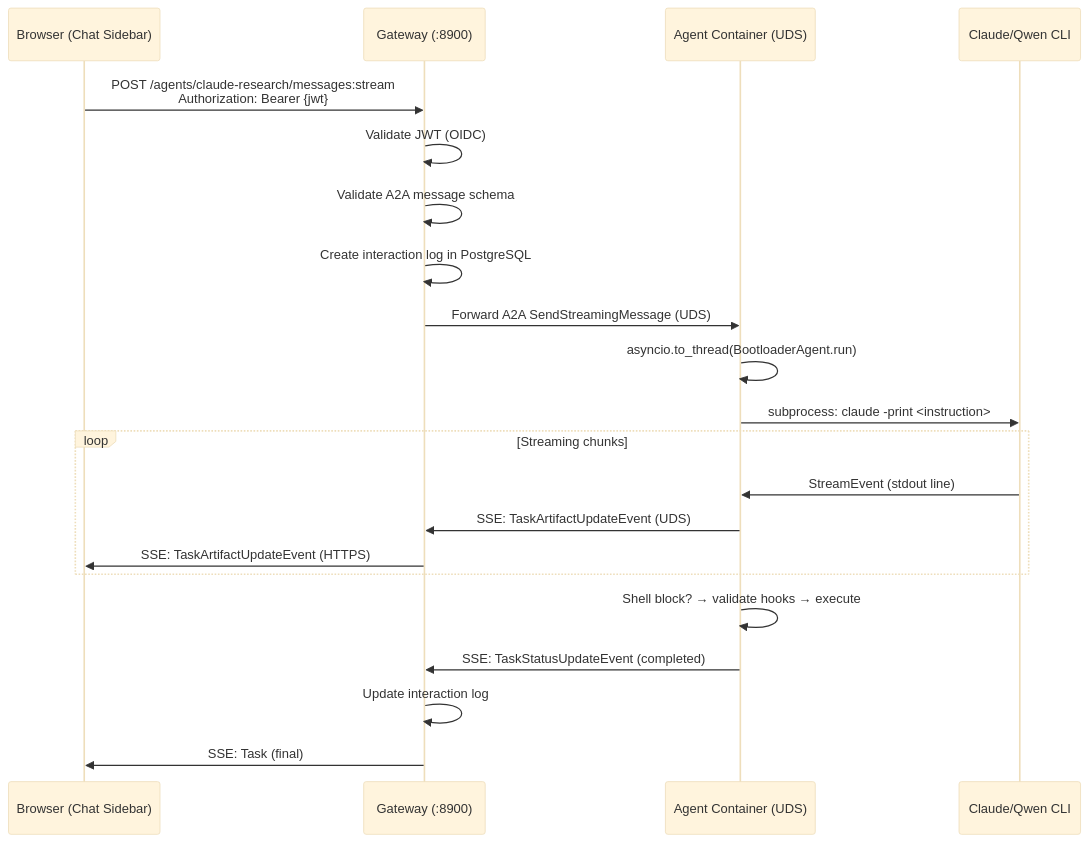
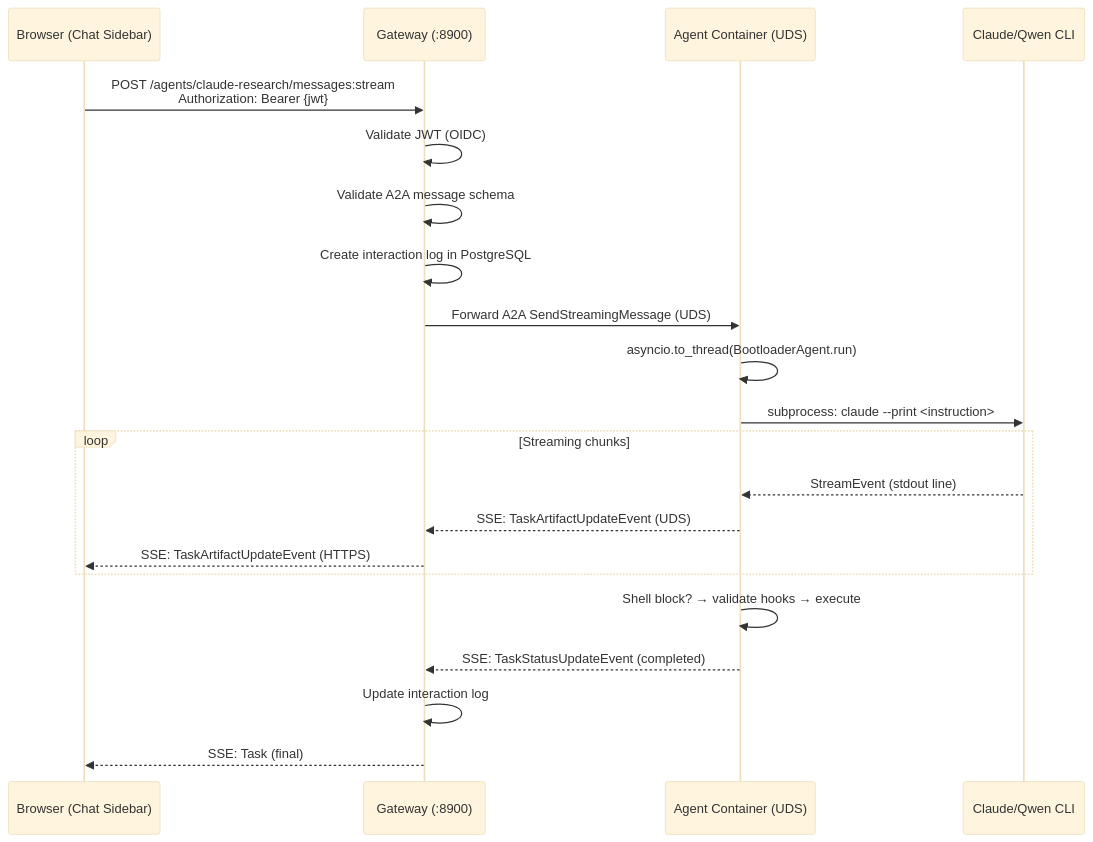
The third of 4 diagrams in docs/archive/v2/ARCH-AGENT-ECOSYSTEM.md (Independent-AI-Labs/WORKSPACE-VM), drawn with Mermaid (base theme) before and after one commit. The commit also changed other lines of this file and 183 other files, not shown here.

````diff
--- a/docs/archive/v2/ARCH-AGENT-ECOSYSTEM.md
+++ b/docs/archive/v2/ARCH-AGENT-ECOSYSTEM.md
@@ -100,24 +100,24 @@
 ```mermaid
 sequenceDiagram
     participant B as Browser (Chat Sidebar)
     participant G as Gateway (:8900)
     participant A as Agent Container (UDS)
     participant LLM as Claude/Qwen CLI
 
     B->>G: POST /agents/claude-research/messages:stream<br/>Authorization: Bearer {jwt}
     G->>G: Validate JWT (OIDC)
     G->>G: Validate A2A message schema
     G->>G: Create interaction log in PostgreSQL
     G->>A: Forward A2A SendStreamingMessage (UDS)
     A->>A: asyncio.to_thread(BootloaderAgent.run)
-    A->>LLM: subprocess: claude -print <instruction>
+    A->>LLM: subprocess: claude --print <instruction>
     loop Streaming chunks
-        LLM->>A: StreamEvent (stdout line)
-        A->>G: SSE: TaskArtifactUpdateEvent (UDS)
-        G->>B: SSE: TaskArtifactUpdateEvent (HTTPS)
+        LLM-->>A: StreamEvent (stdout line)
+        A-->>G: SSE: TaskArtifactUpdateEvent (UDS)
+        G-->>B: SSE: TaskArtifactUpdateEvent (HTTPS)
     end
     A->>A: Shell block? → validate hooks → execute
-    A->>G: SSE: TaskStatusUpdateEvent (completed)
+    A-->>G: SSE: TaskStatusUpdateEvent (completed)
     G->>G: Update interaction log
-    G->>B: SSE: Task (final)
+    G-->>B: SSE: Task (final)
 ```
````
